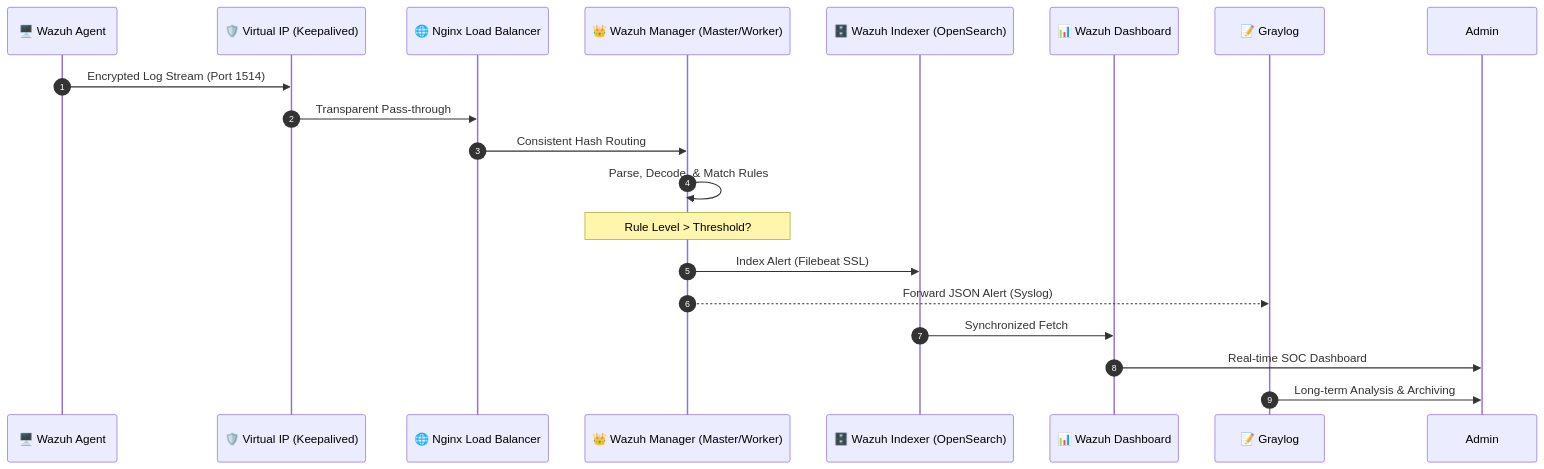
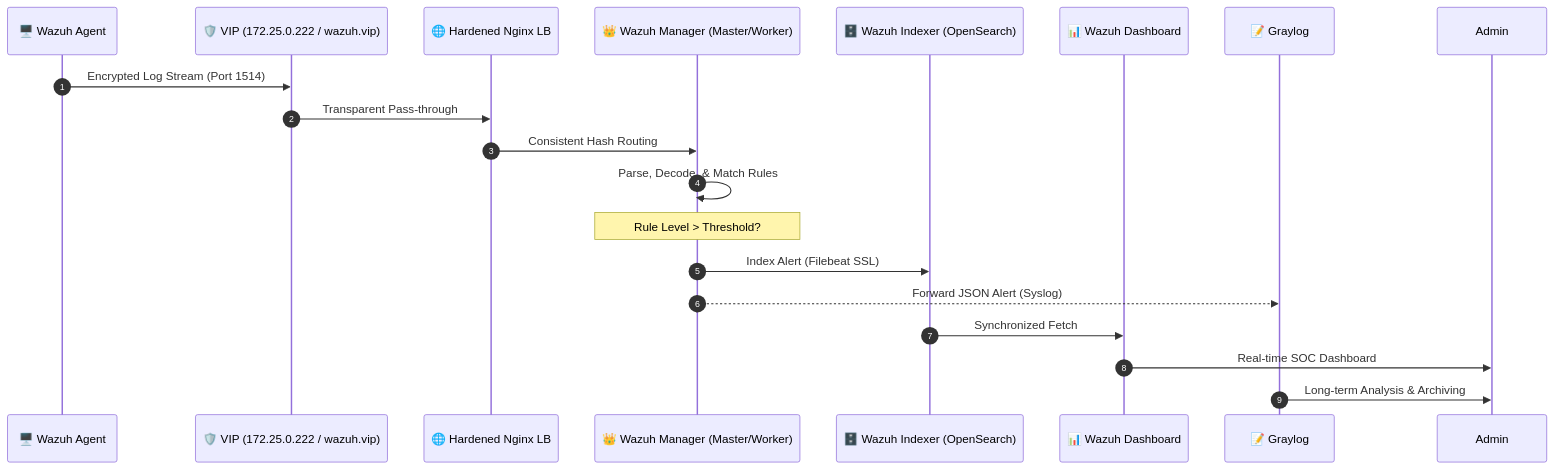
The second of 3 diagrams in multi-node/MASTER_PROJECT_DOCUMENTATION.md (SaeidSec/Secret-Project), drawn with Mermaid before and after one commit. The commit also changed other lines of this file and 1 other file, not shown here.

````diff
--- a/multi-node/MASTER_PROJECT_DOCUMENTATION.md
+++ b/multi-node/MASTER_PROJECT_DOCUMENTATION.md
@@ -142,26 +142,26 @@
 ```mermaid
 sequenceDiagram
     autonumber
     participant Agent as 🖥️ Wazuh Agent
-    participant VIP as 🛡️ Virtual IP (Keepalived)
-    participant LB as 🌐 Nginx Load Balancer
+    participant VIP as 🛡️ VIP (172.25.0.222 / wazuh.vip)
+    participant LB as 🌐 Hardened Nginx LB
     participant WM as 👑 Wazuh Manager (Master/Worker)
     participant IDX as 🗄️ Wazuh Indexer (OpenSearch)
     participant DB as 📊 Wazuh Dashboard
     participant GL as 📝 Graylog
 
     Agent->>VIP: Encrypted Log Stream (Port 1514)
     VIP->>LB: Transparent Pass-through
     LB->>WM: Consistent Hash Routing
     WM->>WM: Parse, Decode, & Match Rules
     
     Note over WM: Rule Level > Threshold?
     
     WM->>IDX: Index Alert (Filebeat SSL)
     WM-->>GL: Forward JSON Alert (Syslog)
     
     IDX->>DB: Synchronized Fetch
     DB->>Admin: Real-time SOC Dashboard
     
     GL->>Admin: Long-term Analysis & Archiving
 ```
````
